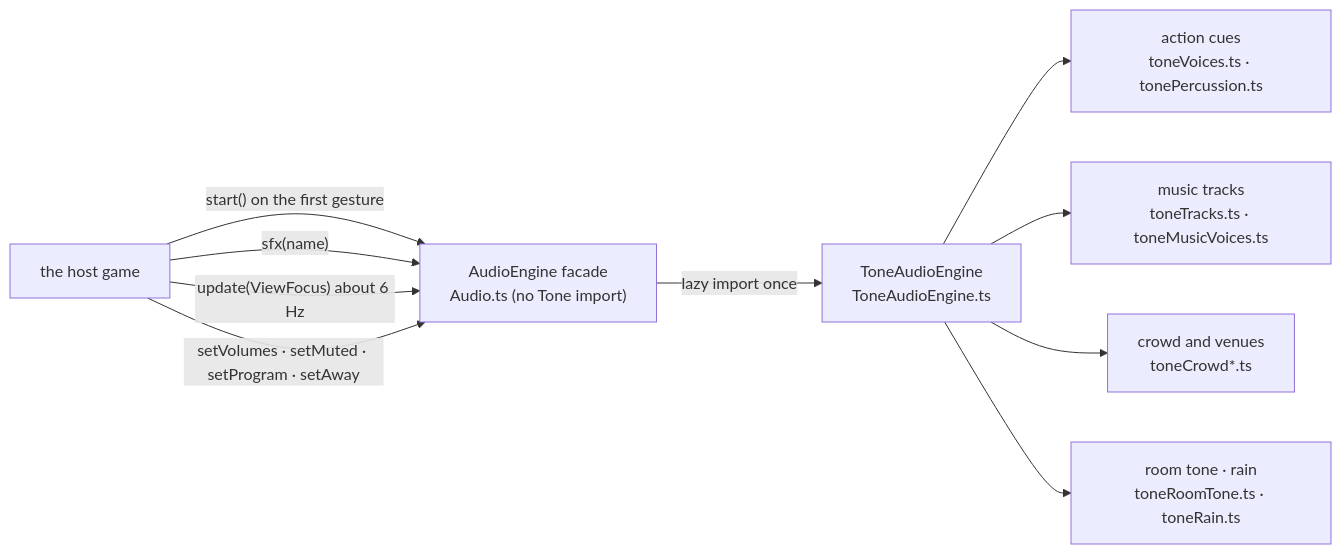
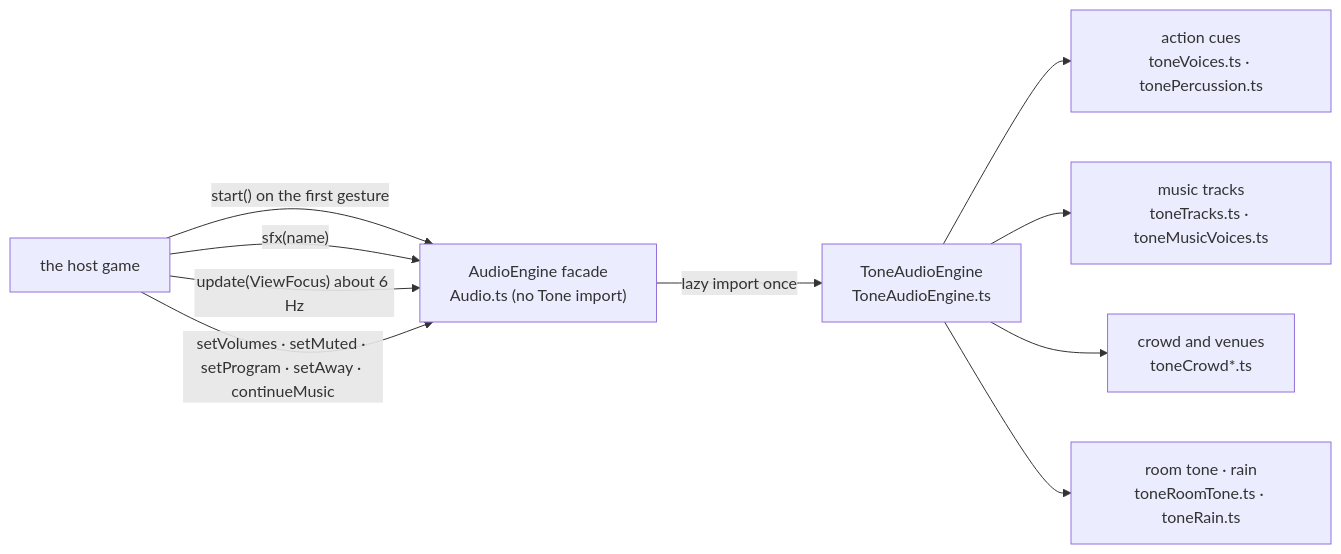
One commit to Verticopolis/components changed the first of 2 diagrams in docs/audio.md. Above: the diagram before and after it, drawn with Mermaid. The commit also changed other lines of this file and 8 other files, not shown here.

````diff
--- a/docs/audio.md
+++ b/docs/audio.md
@@ -57,12 +57,12 @@
 ```mermaid
 flowchart LR
     Host["the host game"] -->|"start() on the first gesture"| Facade["AudioEngine facade<br/>Audio.ts (no Tone import)"]
     Host -->|"sfx(name)"| Facade
     Host -->|"update(ViewFocus) about 6 Hz"| Facade
-    Host -->|"setVolumes · setMuted · setProgram · setAway"| Facade
+    Host -->|"setVolumes · setMuted · setProgram · setAway · continueMusic"| Facade
     Facade -->|"lazy import once"| Tone["ToneAudioEngine<br/>ToneAudioEngine.ts"]
     Tone --> Voices["action cues<br/>toneVoices.ts · tonePercussion.ts"]
     Tone --> Music["music tracks<br/>toneTracks.ts · toneMusicVoices.ts"]
     Tone --> Crowd["crowd and venues<br/>toneCrowd*.ts"]
     Tone --> Beds["room tone · rain<br/>toneRoomTone.ts · toneRain.ts"]
 ```
````
